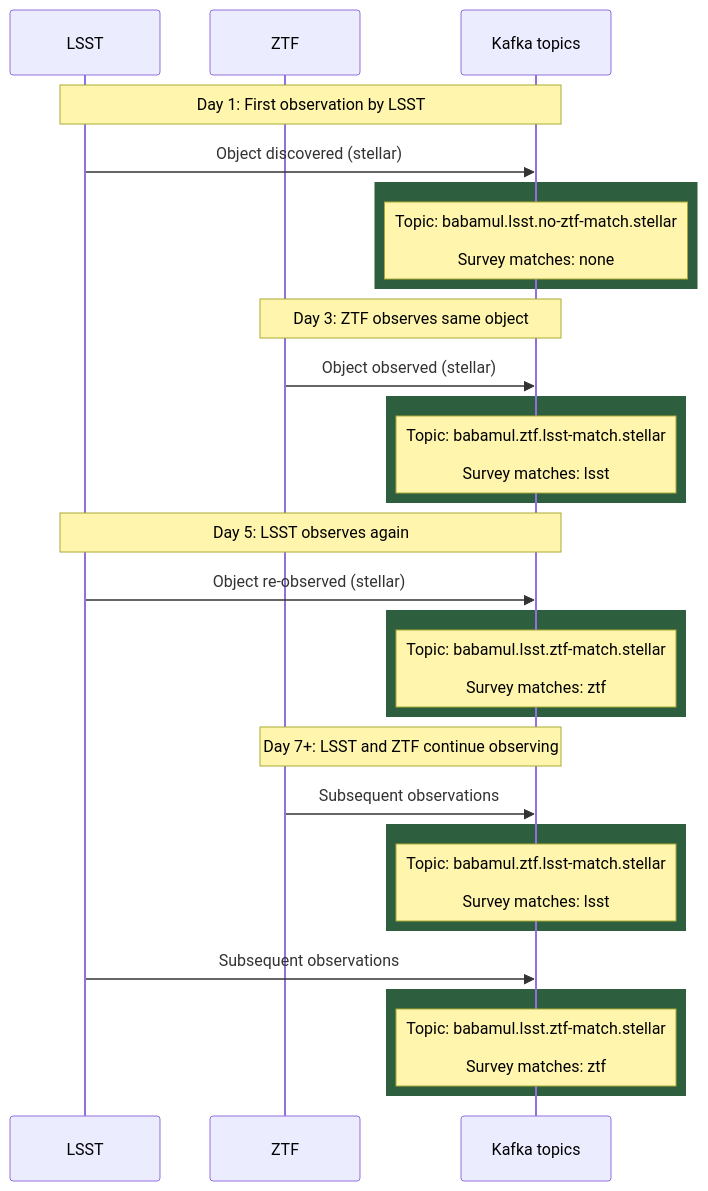
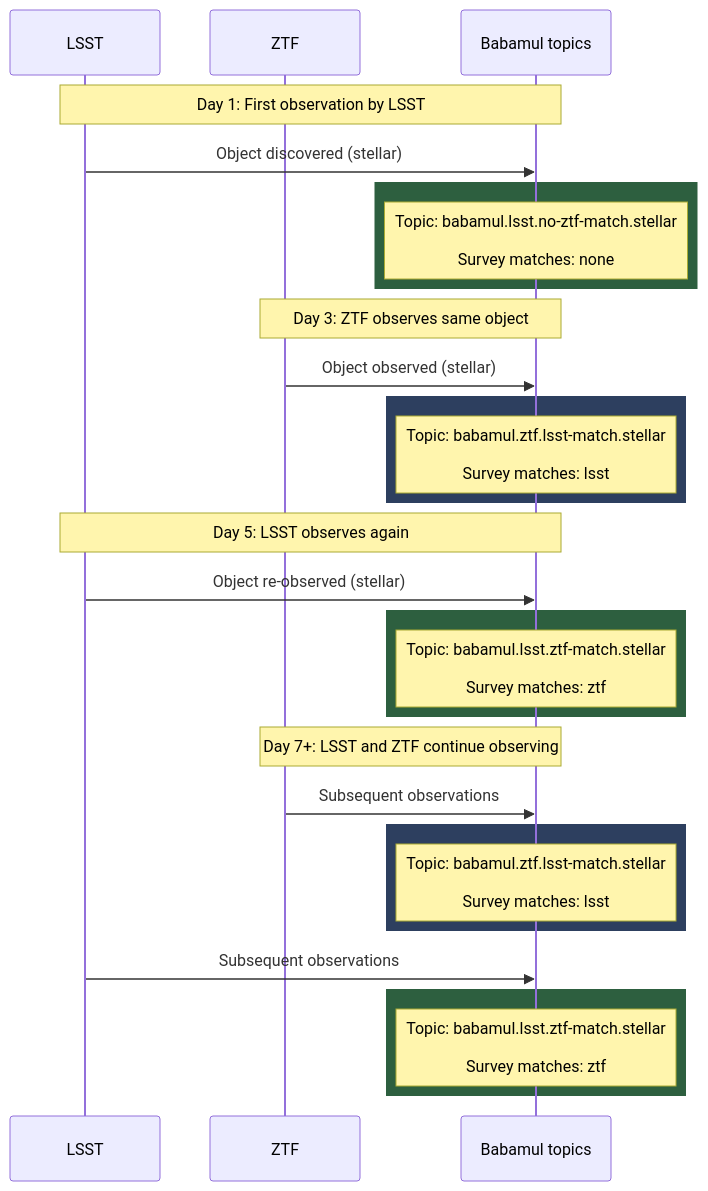
One commit to boom-astro/boom changed the first of 2 diagrams in docs/babamul.md. Above: the diagram before and after it, drawn with Mermaid.

Commit message:
Color topics by survey

````diff
--- a/docs/babamul.md
+++ b/docs/babamul.md
@@ -89,34 +89,34 @@
 ```mermaid
 sequenceDiagram
     participant LSST as LSST
     participant ZTF as ZTF
-    participant Stream as Kafka topics
+    participant Stream as Babamul topics
 
     Note over LSST,Stream: Day 1: First observation by LSST
     LSST->>Stream: Object discovered (stellar)
     rect rgb(45, 95, 63)
     Note over Stream: Topic: babamul.lsst.no-ztf-match.stellar<br/><br/>Survey matches: none
     end
 
     Note over ZTF,Stream: Day 3: ZTF observes same object
     ZTF->>Stream: Object observed (stellar)
-    rect rgb(45, 95, 63)
+    rect rgb(45, 63, 95)
     Note over Stream: Topic: babamul.ztf.lsst-match.stellar<br/><br/>Survey matches: lsst
     end
 
     Note over LSST,Stream: Day 5: LSST observes again
     LSST->>Stream: Object re-observed (stellar)
     rect rgb(45, 95, 63)
     Note over Stream: Topic: babamul.lsst.ztf-match.stellar<br/><br/>Survey matches: ztf
     end
 
     Note over ZTF,Stream: Day 7+: LSST and ZTF continue observing
     ZTF->>Stream: Subsequent observations
-    rect rgb(45, 95, 63)
+    rect rgb(45, 63, 95)
     Note over Stream: Topic: babamul.ztf.lsst-match.stellar<br/><br/>Survey matches: lsst
     end
     LSST->>Stream: Subsequent observations
     rect rgb(45, 95, 63)
     Note over Stream: Topic: babamul.lsst.ztf-match.stellar<br/><br/>Survey matches: ztf
     end
 ```
````
